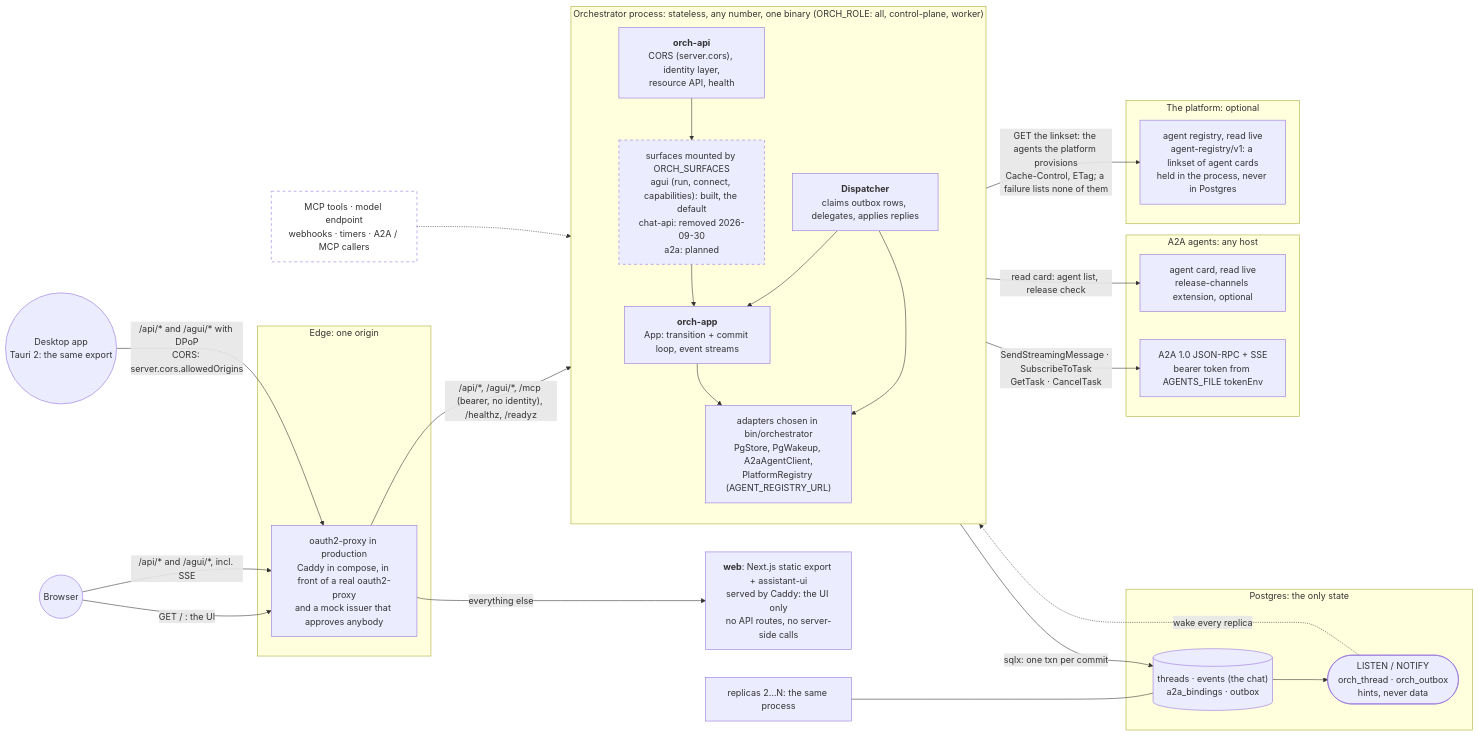
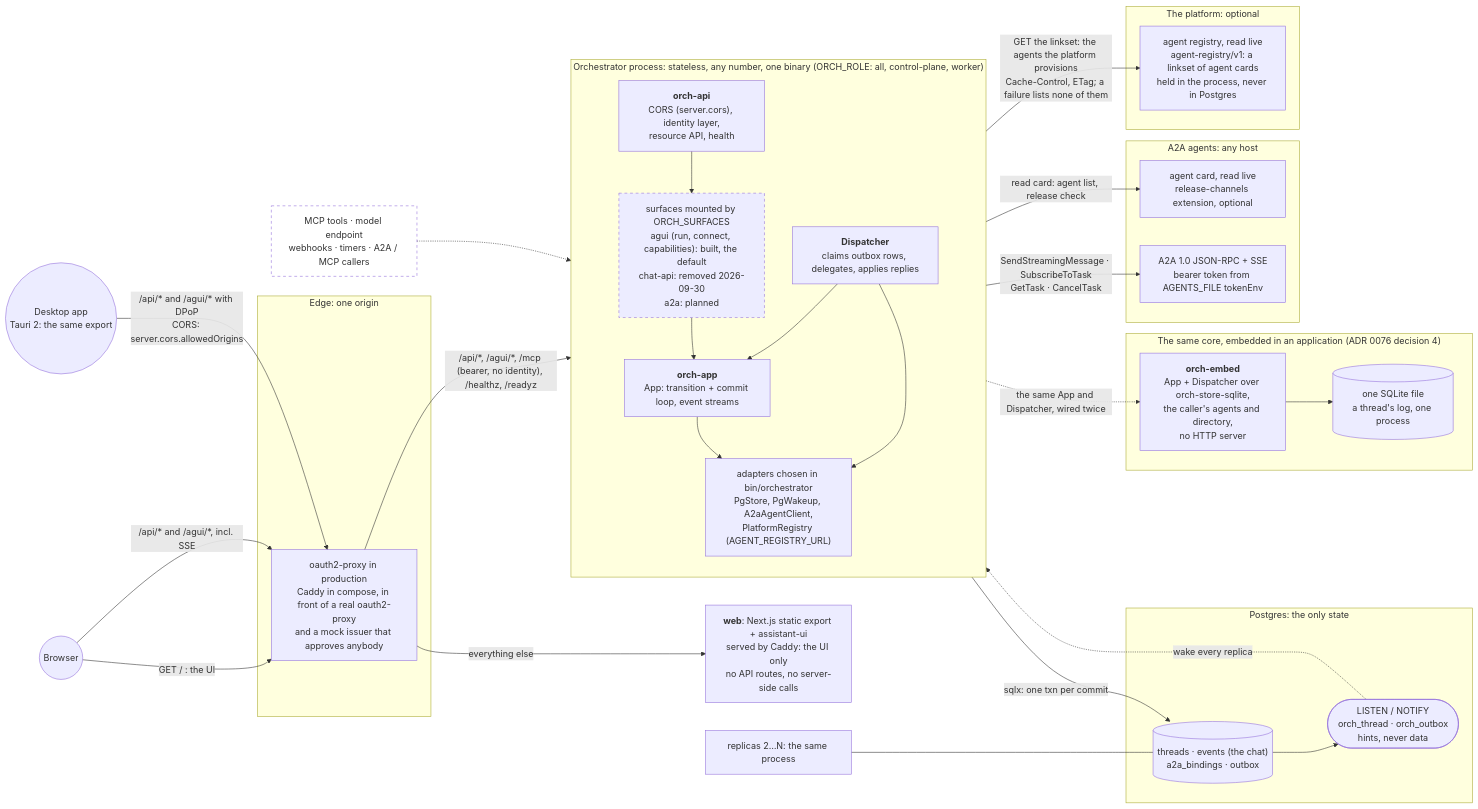
The first of 18 diagrams in docs/architecture.md (vymalo/another-agentic-system), drawn with Mermaid before and after one commit. The commit also changed other lines of this file and 2 other files, not shown here.

First line of the commit message:
docs(orchestrator): the two composition roots, and the embedded one in the system diagram

````diff
--- a/docs/architecture.md
+++ b/docs/architecture.md
@@ -77,48 +77,54 @@
 ```mermaid
 flowchart LR
   browser(("Browser"))
   subgraph EDGE["Edge: one origin"]
     edge["oauth2-proxy in production<br/>Caddy in compose, in front of a real oauth2-proxy<br/>and a mock issuer that approves anybody"]
   end
   desktop(("Desktop app<br/>Tauri 2: the same export"))
   web["<b>web</b>: Next.js static export + assistant-ui<br/>served by Caddy: the UI only<br/>no API routes, no server-side calls"]
   subgraph REPLICA["Orchestrator process: stateless, any number, one binary (ORCH_ROLE: all, control-plane, worker)"]
     direction TB
     api["<b>orch-api</b><br/>CORS (server.cors), identity layer,<br/>resource API, health"]
     surfaces["surfaces mounted by ORCH_SURFACES<br/>agui (run, connect, capabilities): built, the default<br/>chat-api: removed 2026-09-30<br/>a2a: planned"]
     app["<b>orch-app</b><br/>App: transition + commit loop, event streams"]
     disp["<b>Dispatcher</b><br/>claims outbox rows, delegates, applies replies"]
     adapters["adapters chosen in bin/orchestrator<br/>PgStore, PgWakeup, A2aAgentClient,<br/>PlatformRegistry (AGENT_REGISTRY_URL)"]
     api --> surfaces --> app
     disp --> app
     app --> adapters
     disp --> adapters
   end
+  subgraph EMBED["The same core, embedded in an application (ADR 0076 decision 4)"]
+    embed["<b>orch-embed</b><br/>App + Dispatcher over orch-store-sqlite,<br/>the caller's agents and directory,<br/>no HTTP server"]
+    sqlite[("one SQLite file<br/>a thread's log, one process")]
+  end
   subgraph PG["Postgres: the only state"]
     tables[("threads · events (the chat)<br/>a2a_bindings · outbox")]
     notify(["LISTEN / NOTIFY<br/>orch_thread · orch_outbox<br/>hints, never data"])
   end
   subgraph AGENTS["A2A agents: any host"]
     card["agent card, read live<br/>release-channels extension, optional"]
     a2a["A2A 1.0 JSON-RPC + SSE<br/>bearer token from AGENTS_FILE tokenEnv"]
   end
   subgraph PLATFORM["The platform: optional"]
     registry["agent registry, read live<br/>agent-registry/v1: a linkset of agent cards<br/>held in the process, never in Postgres"]
   end
   browser -- "GET / : the UI" --> edge
   browser -- "/api/* and /agui/*, incl. SSE" --> edge
   desktop -- "/api/* and /agui/* with DPoP<br/>CORS: server.cors.allowedOrigins" --> edge
   edge -- "everything else" --> web
   edge -- "/api/*, /agui/*, /mcp (bearer, no identity), /healthz, /readyz" --> api
+  app -. "the same App and Dispatcher, wired twice" .-> embed
+  embed --> sqlite
   adapters -- "sqlx: one txn per commit" --> tables
   tables --> notify
   notify -. "wake every replica" .-> adapters
   adapters -- "SendStreamingMessage · SubscribeToTask<br/>GetTask · CancelTask" --> a2a
   adapters -- "read card: agent list, release check" --> card
   adapters -- "GET the linkset: the agents the platform provisions<br/>Cache-Control, ETag; a failure lists none of them" --> registry
   more["replicas 2…N: the same process"] --- tables
   mcp["MCP tools · model endpoint<br/>webhooks · timers · A2A / MCP callers"]:::planned
   mcp -.-> api
   classDef planned stroke-dasharray: 5 5,fill:none
   style surfaces stroke-dasharray: 5 5
 ```
````
